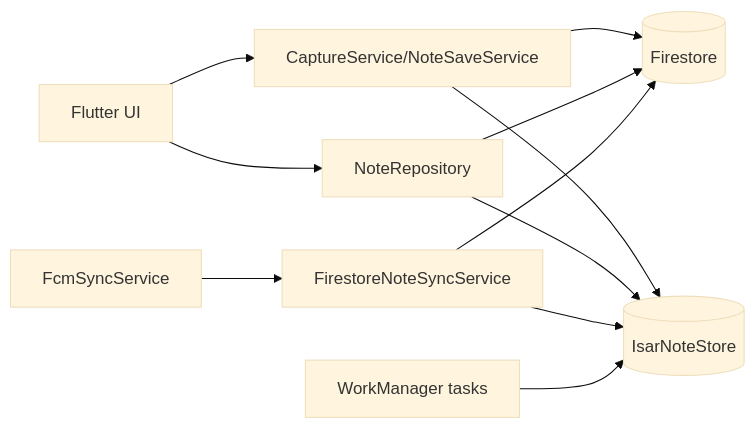
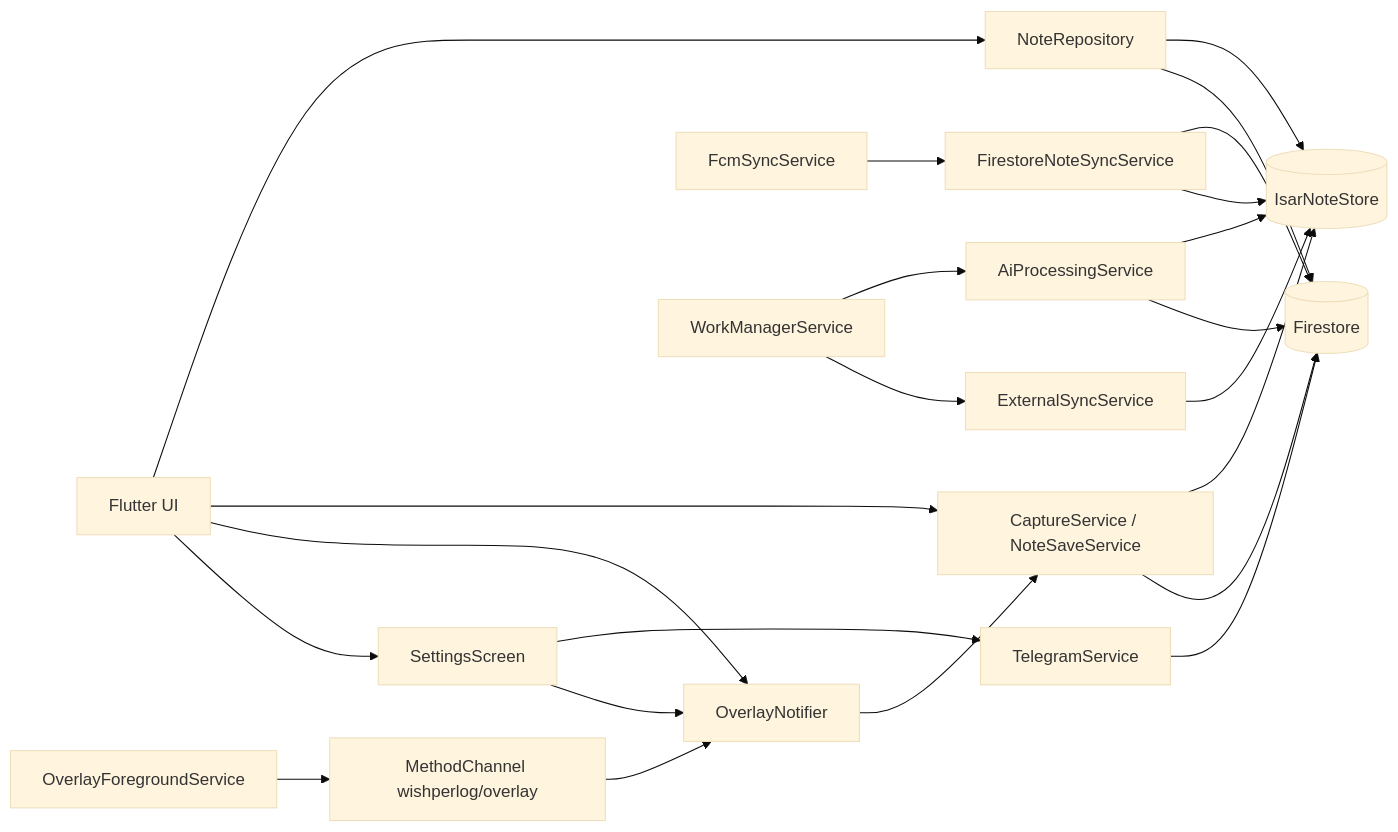
Before and after one commit to Adarshv0524/wishperlog: the first of 14 diagrams in ARCHITECTURE.md, drawn with Mermaid (base theme). The commit also changed other lines of this file and 15 other files, not shown here.

Commit message:
Consolidate architecture docs

````diff
--- a/ARCHITECTURE.md
+++ b/ARCHITECTURE.md
@@ -24,13 +42,25 @@
 ```mermaid
 flowchart LR
   UI[Flutter UI] --> Repo[NoteRepository]
-  UI --> Capture[CaptureService/NoteSaveService]
-  Capture --> Isar[(IsarNoteStore)]
-  Repo --> Isar
+  UI --> Capture[CaptureService / NoteSaveService]
+  UI --> Overlay[OverlayNotifier]
+  UI --> Settings[SettingsScreen]
+  Capture --> Store[(IsarNoteStore)]
+  Repo --> Store
   Capture --> Firestore[(Firestore)]
   Repo --> Firestore
-  FireListener[FirestoreNoteSyncService] --> Firestore
-  FireListener --> Isar
-  FCM[FcmSyncService] --> FireListener
-  WM[WorkManager tasks] --> Isar
+  FireSync[FirestoreNoteSyncService] --> Firestore
+  FireSync --> Store
+  FCM[FcmSyncService] --> FireSync
+  AI[AiProcessingService] --> Store
+  AI --> Firestore
+  WM[WorkManagerService] --> AI
+  WM --> External[ExternalSyncService]
+  External --> Store
+  Native[OverlayForegroundService] --> Bridge[MethodChannel wishperlog/overlay]
+  Bridge --> Overlay
+  Overlay --> Capture
+  Telegram[TelegramService] --> Firestore
+  Settings --> Telegram
+  Settings --> Overlay
 ```
````
